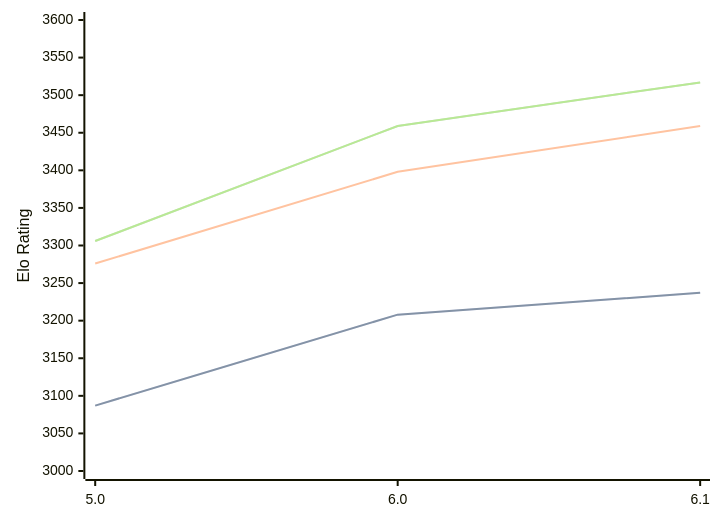
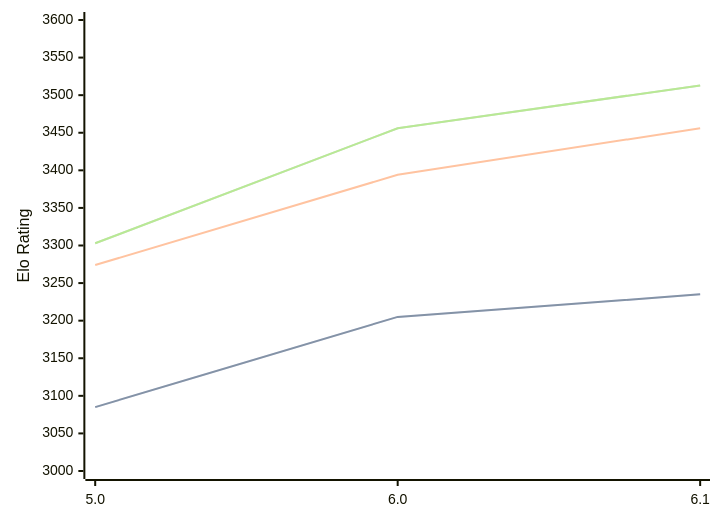
The diagram in engines/PZChessBot.md (computer-chess-index/cci), drawn with Mermaid before and after one commit. The commit also changed other lines of this file, not shown here.

Commit message:
Update CCI Ratings (ELO VLTC) - 2026-04-23

````diff
--- a/engines/PZChessBot.md
+++ b/engines/PZChessBot.md
@@ -42,11 +42,11 @@
 ```mermaid
 %%{init: {"theme":"base","themeVariables":{"seriesColors:['#a3a3a3','#222221','#faa371']}}}%%
 xychart-beta
   x-axis ["5.0", "6.0", "6.1"]
   y-axis "Elo Rating" 3000 --> 3600
-  line "STC (8.0+0.08s)" [3087, 3208, 3237]
-  line "STC (8.0+0.08s)" [3087, 3208, 3237]
-  line "LTC (60.0+0.60s)" [3276, 3398, 3459]
-  line "VLTC (2m24s+1.12s)" [3306, 3459, 3517]
-  line "VLTC (2m24s+1.12s)" [3306, 3459, 3517]
+  line "STC (8.0+0.08s)" [3085, 3205, 3235]
+  line "STC (8.0+0.08s)" [3085, 3205, 3235]
+  line "LTC (60.0+0.60s)" [3274, 3394, 3456]
+  line "VLTC (2m24s+1.12s)" [3303, 3456, 3513]
+  line "VLTC (2m24s+1.12s)" [3303, 3456, 3513]
 ```
````
